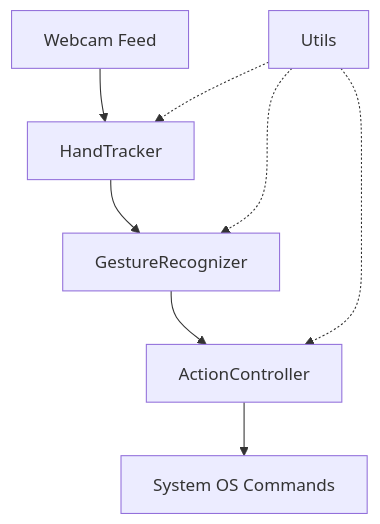
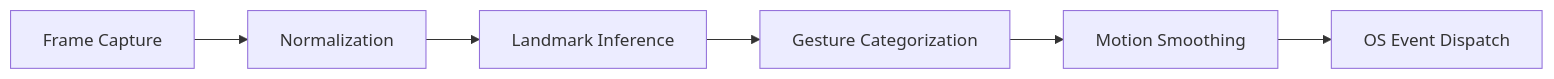
Before and after one commit to krishanth7/HandFluxAI: the diagram in docs/architecture.md, drawn with Mermaid. The commit also changed other lines of this file and 2 other files, not shown here.

````diff
--- a/docs/architecture.md
+++ b/docs/architecture.md
@@ -9,10 +38,8 @@
 ```mermaid
-graph TD
-    A[Webcam Feed] --> B[HandTracker]
-    B --> C[GestureRecognizer]
-    C --> D[ActionController]
-    D --> E[System OS Commands]
-    F[Utils] -.-> B
-    F -.-> C
-    F -.-> D
+graph LR
+    A[Frame Capture] --> B[Normalization]
+    B --> C[Landmark Inference]
+    C --> D[Gesture Categorization]
+    D --> E[Motion Smoothing]
+    E --> F[OS Event Dispatch]
 ```
````
